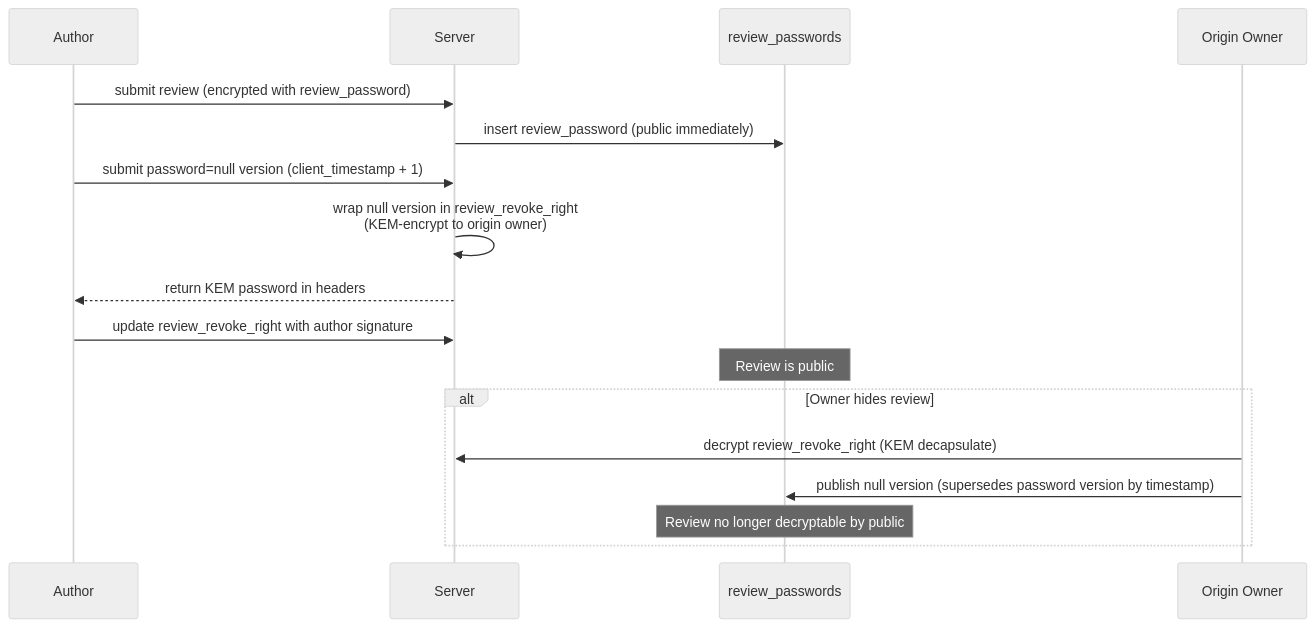
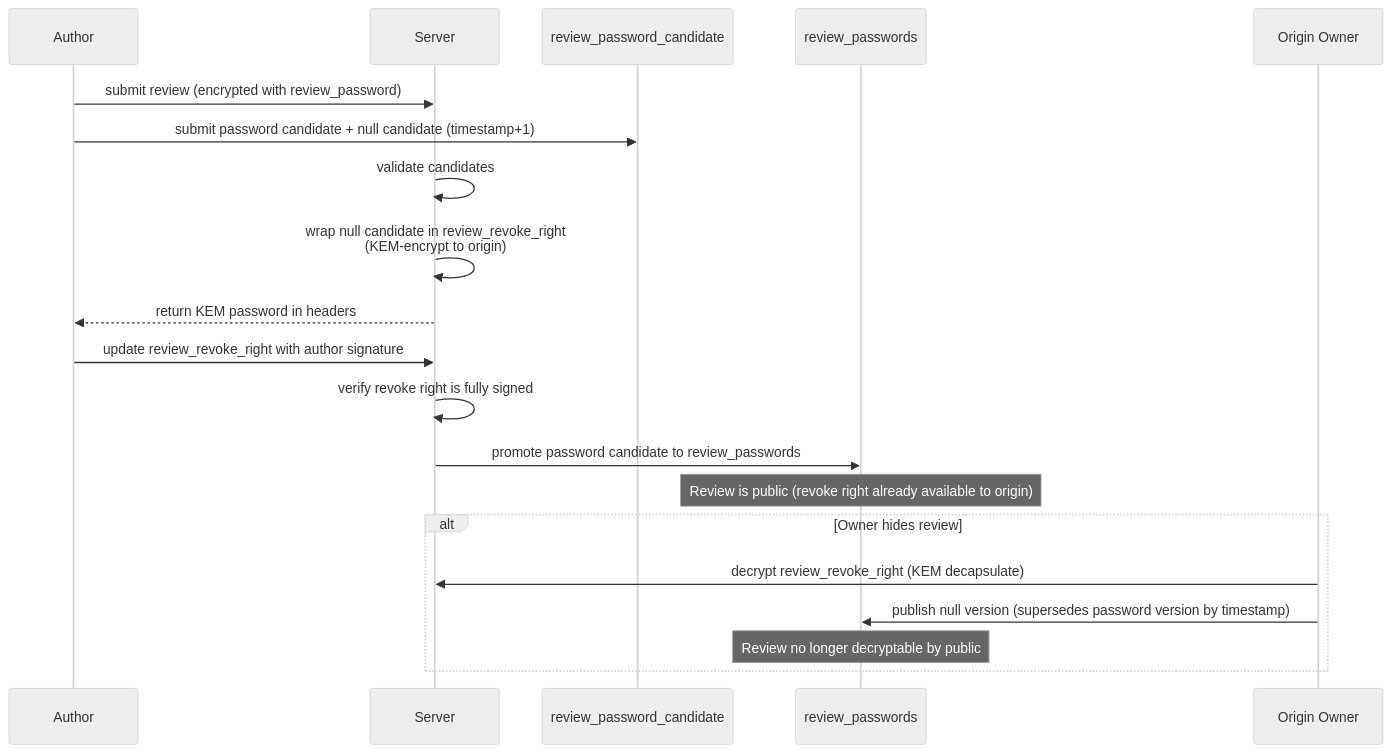
One commit to Buckitup-chat/chat changed the third of 4 diagrams in docs/proposal/reviews.md. Above: the diagram before and after it, drawn with Mermaid (neutral theme). The commit also changed other lines of this file, not shown here.

````diff
--- a/docs/proposal/reviews.md
+++ b/docs/proposal/reviews.md
@@ -153,22 +157,25 @@
 ```mermaid
 sequenceDiagram
     participant A as Author
     participant S as Server
+    participant C as review_password_candidate
     participant P as review_passwords
     participant O as Origin Owner
 
     A->>S: submit review (encrypted with review_password)
-    S->>P: insert review_password (public immediately)
-    A->>S: submit password=null version (client_timestamp + 1)
-    S->>S: wrap null version in review_revoke_right<br/>(KEM-encrypt to origin owner)
+    A->>C: submit password candidate + null candidate (timestamp+1)
+    S->>S: validate candidates
+    S->>S: wrap null candidate in review_revoke_right<br/>(KEM-encrypt to origin)
     S-->>A: return KEM password in headers
     A->>S: update review_revoke_right with author signature
+    S->>S: verify revoke right is fully signed
+    S->>P: promote password candidate to review_passwords
 
-    Note over P: Review is public
+    Note over P: Review is public (revoke right already available to origin)
 
     alt Owner hides review
         O->>S: decrypt review_revoke_right (KEM decapsulate)
         O->>P: publish null version (supersedes password version by timestamp)
         Note over P: Review no longer decryptable by public
     end
 ```
````
